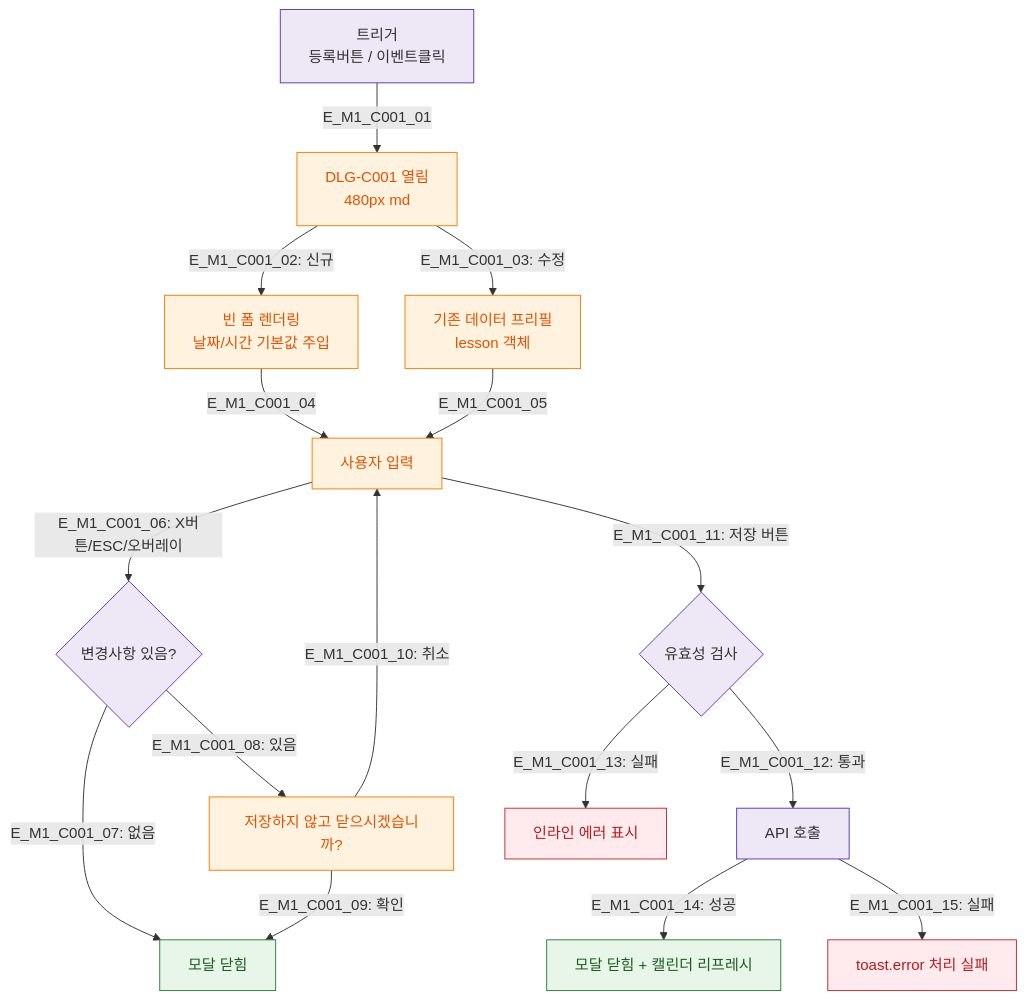
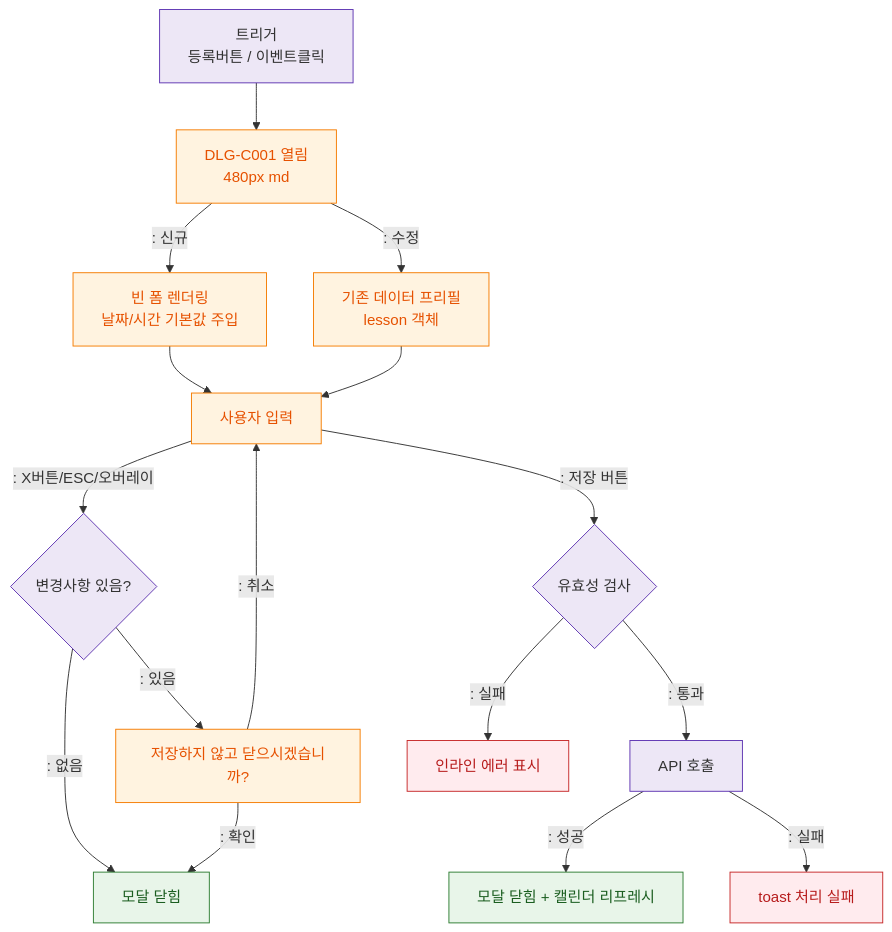
Before and after one commit to dev-spogym/admin-pando: the diagram in docs/다이어그램/D04_수업관리/DLG/DLG-C001_수업등록수정_캘린더/M1_생명주기.md, drawn with Mermaid. The commit also changed other lines of this file and 1660 other files, not shown here.

First line of the commit message:
다이어그램: 기획자/클라이언트 납품본으로 정리

````diff
--- a/docs/다이어그램/D04_수업관리/DLG/DLG-C001_수업등록수정_캘린더/M1_생명주기.md
+++ b/docs/다이어그램/D04_수업관리/DLG/DLG-C001_수업등록수정_캘린더/M1_생명주기.md
@@ -21,32 +19,32 @@
 ```mermaid
 flowchart TD
-  Trigger[트리거\n등록버튼 / 이벤트클릭] -->|E_M1_C001_01| Open[DLG-C001 열림\n480px md]
-  Open -->|"E_M1_C001_02: 신규"| BlankForm[빈 폼 렌더링\n날짜/시간 기본값 주입]
-  Open -->|"E_M1_C001_03: 수정"| PrefilledForm[기존 데이터 프리필\nlesson 객체]
+  Trigger[트리거\n등록버튼 / 이벤트클릭] --> Open[DLG-C001 열림\n480px md]
+  Open -->|": 신규"|BlankForm[빈 폼 렌더링\n날짜/시간 기본값 주입]
+  Open -->|": 수정"|PrefilledForm[기존 데이터 프리필\nlesson 객체]
 
-  BlankForm -->|E_M1_C001_04| UserInput[사용자 입력]
-  PrefilledForm -->|E_M1_C001_05| UserInput
+  BlankForm --> UserInput[사용자 입력]
+  PrefilledForm --> UserInput
 
-  UserInput -->|"E_M1_C001_06: X버튼/ESC/오버레이"| Confirm{변경사항 있음?}
-  Confirm -->|"E_M1_C001_07: 없음"| Close[모달 닫힘]
-  Confirm -->|"E_M1_C001_08: 있음"| UnsavedDlg[저장하지 않고 닫으시겠습니까?]
-  UnsavedDlg -->|"E_M1_C001_09: 확인"| Close
-  UnsavedDlg -->|"E_M1_C001_10: 취소"| UserInput
+  UserInput -->|": X버튼/ESC/오버레이"|Confirm{변경사항 있음?}
+  Confirm -->|": 없음"|Close[모달 닫힘]
+  Confirm -->|": 있음"|UnsavedDlg[저장하지 않고 닫으시겠습니까?]
+  UnsavedDlg -->|": 확인"|Close
+  UnsavedDlg -->|": 취소"|UserInput
 
-  UserInput -->|"E_M1_C001_11: 저장 버튼"| Validate{유효성 검사}
-  Validate -->|"E_M1_C001_12: 통과"| Submit[API 호출]
-  Validate -->|"E_M1_C001_13: 실패"| ValidationErr[인라인 에러 표시]
+  UserInput -->|": 저장 버튼"|Validate{유효성 검사}
+  Validate -->|": 통과"|Submit[API 호출]
+  Validate -->|": 실패"|ValidationErr[인라인 에러 표시]
 
-  Submit -->|"E_M1_C001_14: 성공"| CloseRefresh[모달 닫힘 + 캘린더 리프레시]
-  Submit -->|"E_M1_C001_15: 실패"| APIErr[toast.error 처리 실패]
+  Submit -->|": 성공"|CloseRefresh[모달 닫힘 + 캘린더 리프레시]
+  Submit -->|": 실패"|APIErr[toast 처리 실패]
 
   classDef modal fill:#FFF3E0,stroke:#F57C00,color:#E65100
   classDef system fill:#EDE7F6,stroke:#5E35B2
   classDef success fill:#E8F5E9,stroke:#2E7D32,color:#1B5E20
   classDef error fill:#FFEBEE,stroke:#C62828,color:#B71C1C
   classDef warning fill:#FFF8E1,stroke:#F9A825,color:#F57F17
   class Open,BlankForm,PrefilledForm,UserInput,UnsavedDlg modal
   class Trigger,Confirm,Validate,Submit system
   class CloseRefresh,Close success
   class ValidationErr,APIErr error
 ```
````
